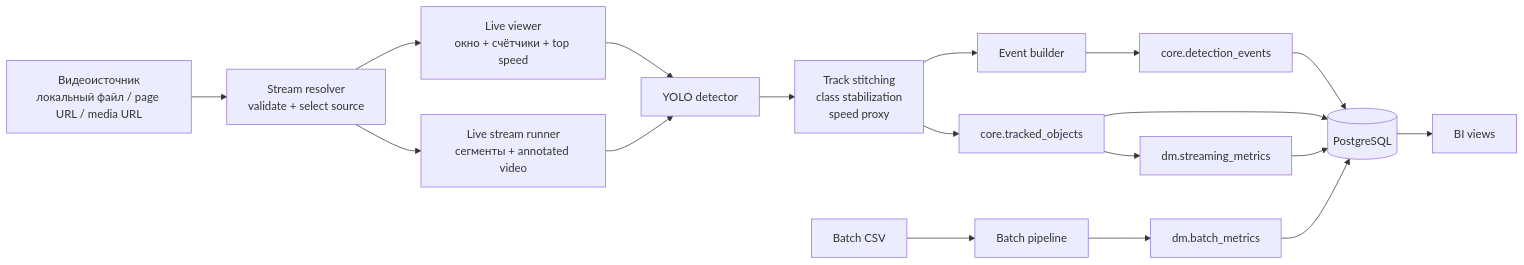
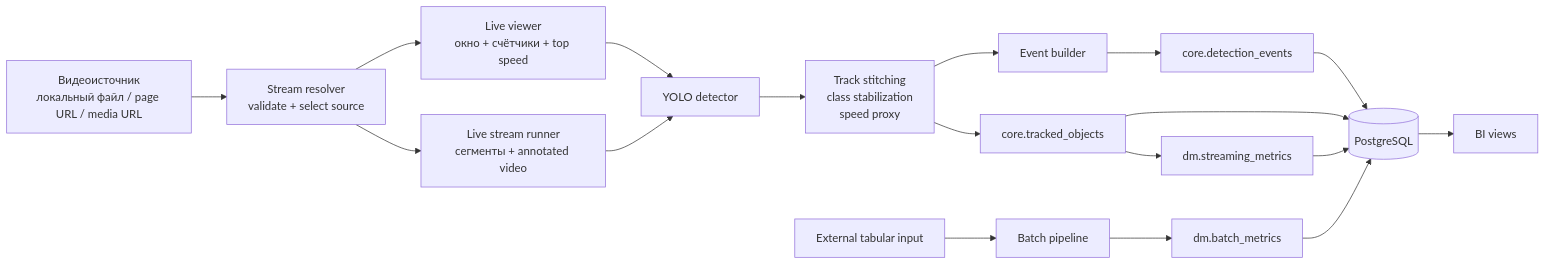
Before and after one commit to vanekus-ukus/traffic-analytics-pipeline: the diagram in README.md, drawn with Mermaid. The commit also changed other lines of this file and 8 other files, not shown here.

Commit message:
Treat input data as external configuration

````diff
--- a/README.md
+++ b/README.md
@@ -13,36 +13,36 @@
 ```mermaid
 flowchart LR
     A[Видеоисточник\nлокальный файл / page URL / media URL]
     B[Stream resolver\nvalidate + select source]
     C[Live viewer\nокно + счётчики + top speed]
     D[Live stream runner\nсегменты + annotated video]
     E[YOLO detector]
     F[Track stitching\nclass stabilization\nspeed proxy]
     G[Event builder]
     H[(PostgreSQL)]
     I[core.detection_events]
     J[core.tracked_objects]
     K[dm.streaming_metrics]
     L[dm.batch_metrics]
     M[BI views]
-    N[Batch CSV]
+    N[External tabular input]
     O[Batch pipeline]
 
     A --> B
     B --> C
     B --> D
     C --> E
     D --> E
     E --> F
     F --> G
     G --> I
     F --> J
     J --> K
     N --> O
     O --> L
     I --> H
     J --> H
     K --> H
     L --> H
     H --> M
 ```
````
